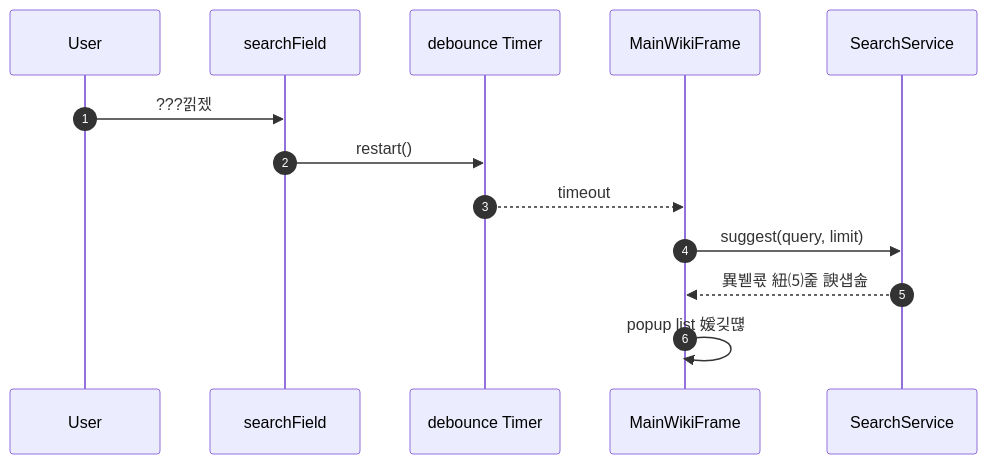
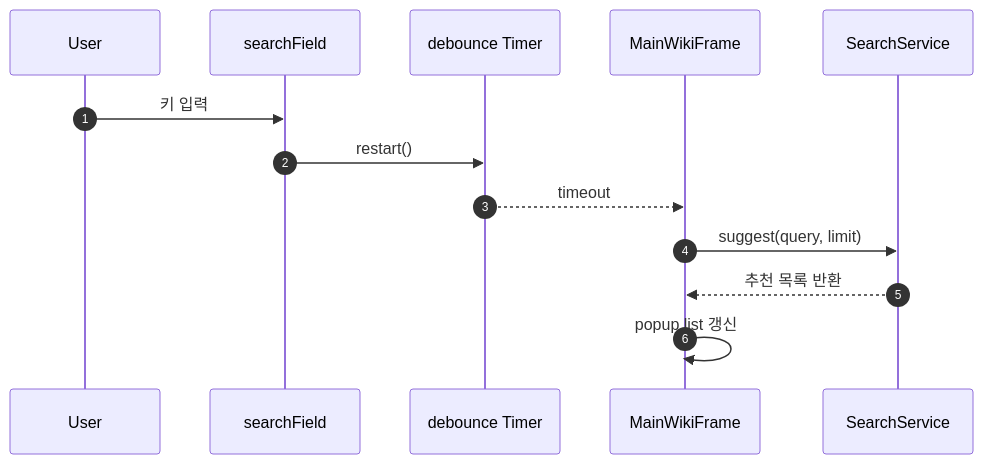
One commit to jegalhb/JAVA_WIKI_ONLINE changed the first of 10 diagrams in src/Reproject/README.md. Above: the diagram before and after it, drawn with Mermaid. The commit also changed other lines of this file, not shown here.

````diff
--- a/src/Reproject/README.md
+++ b/src/Reproject/README.md
@@ -86,16 +86,16 @@
 ```mermaid
 sequenceDiagram
     autonumber
     participant U as User
     participant SF as searchField
     participant T as debounce Timer
     participant MW as MainWikiFrame
     participant SS as SearchService
 
-    U->>SF: ???낅젰
+    U->>SF: 키 입력
     SF->>T: restart()
     T-->>MW: timeout
     MW->>SS: suggest(query, limit)
-    SS-->>MW: 異붿쿇 紐⑸줉 諛섑솚
-    MW->>MW: popup list 媛깆떊
+    SS-->>MW: 추천 목록 반환
+    MW->>MW: popup list 갱신
 ```
````
